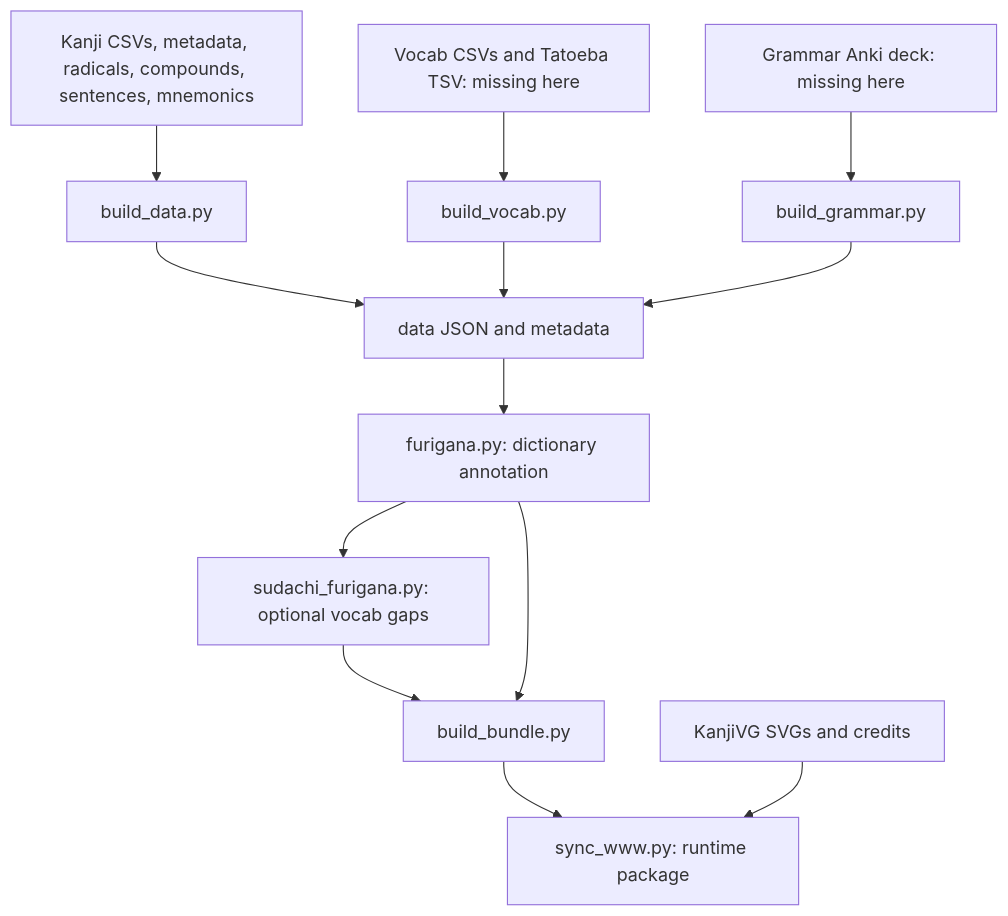
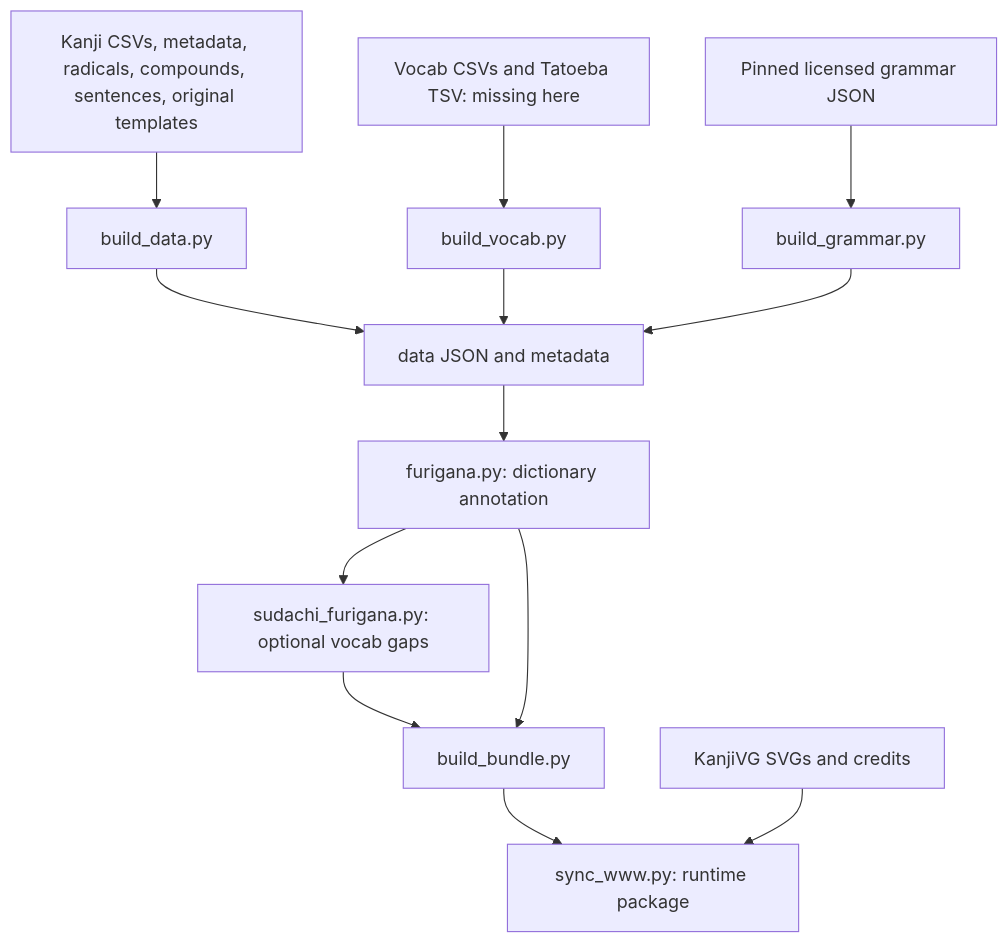
One commit to rummanrc/pengo changed the diagram in docs/data-pipeline.md. Above: the diagram before and after it, drawn with Mermaid. The commit also changed other lines of this file and 95 other files, not shown here.

````diff
--- a/docs/data-pipeline.md
+++ b/docs/data-pipeline.md
@@ -29,15 +29,15 @@
 ```mermaid
 flowchart TD
-    K["Kanji CSVs, metadata, radicals, compounds, sentences, mnemonics"] --> BK["build_data.py"]
+    K["Kanji CSVs, metadata, radicals, compounds, sentences, original templates"] --> BK["build_data.py"]
     V["Vocab CSVs and Tatoeba TSV: missing here"] --> BV["build_vocab.py"]
-    G["Grammar Anki deck: missing here"] --> BG["build_grammar.py"]
+    G["Pinned licensed grammar JSON"] --> BG["build_grammar.py"]
     BK --> Data["data JSON and metadata"]
     BV --> Data
     BG --> Data
     Data --> F["furigana.py: dictionary annotation"]
     F --> S["sudachi_furigana.py: optional vocab gaps"]
     S --> Bundle["build_bundle.py"]
     F --> Bundle
     Bundle --> Stage["sync_www.py: runtime package"]
     SVG["KanjiVG SVGs and credits"] --> Stage
 ```
````
